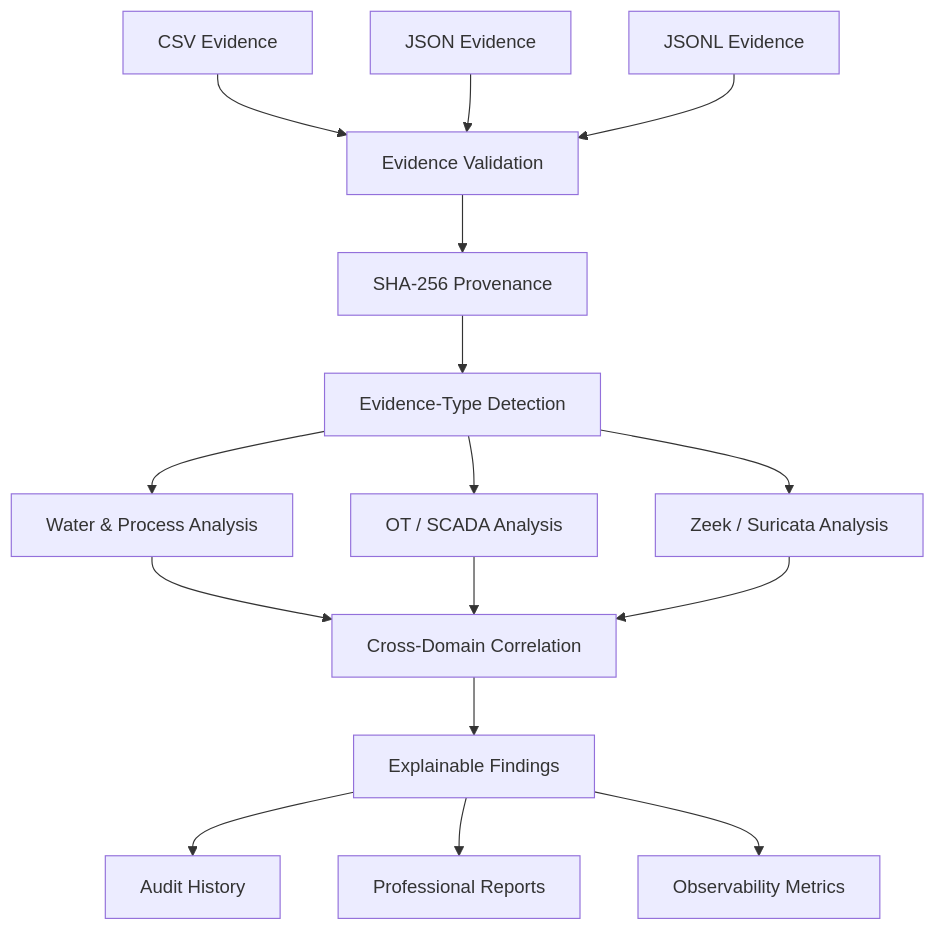
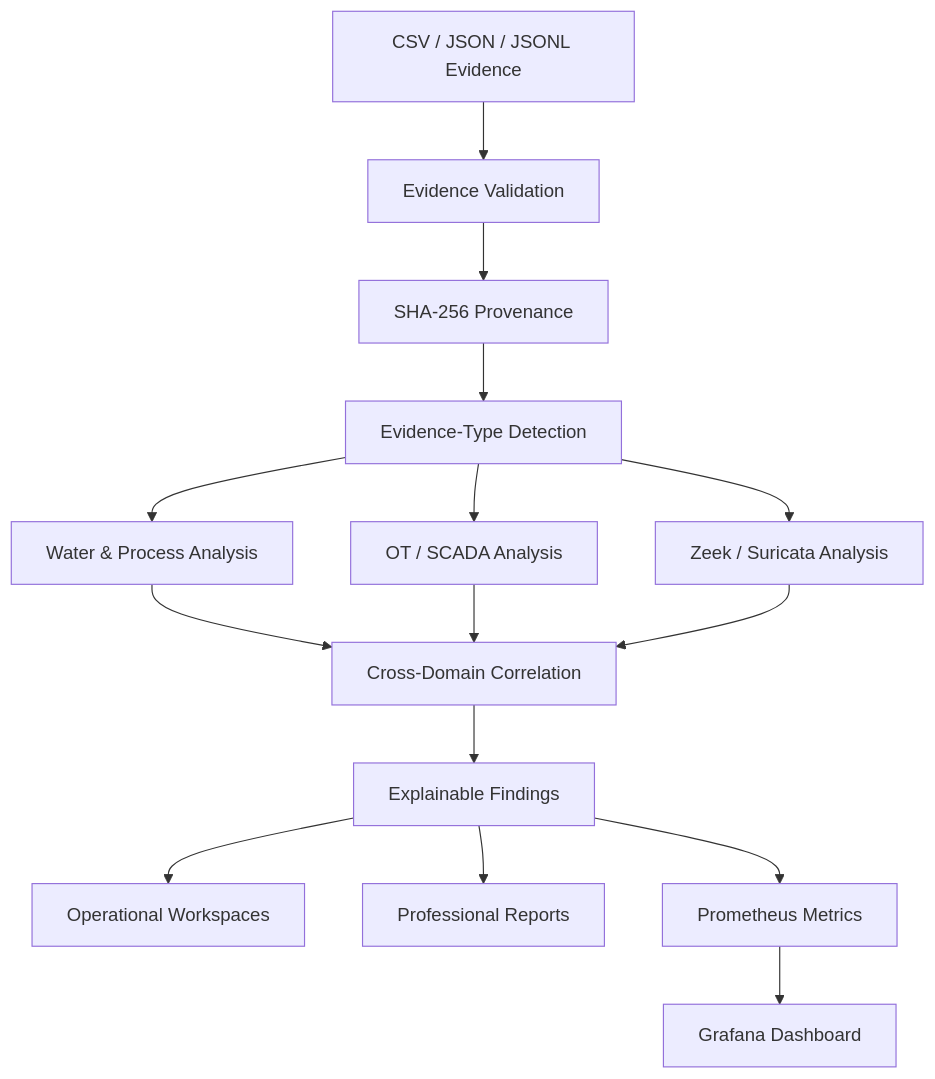
Before and after one commit to HaziqBinAfzal/AquaVigil: the second of 8 diagrams in README.md, drawn with Mermaid. The commit also changed other lines of this file, not shown here.

````diff
--- a/README.md
+++ b/README.md
@@ -281,42 +117,22 @@
 ```mermaid
 flowchart TB
-    CSV["CSV Evidence"]
-    JSON["JSON Evidence"]
-    JSONL["JSONL Evidence"]
+    A["CSV / JSON / JSONL Evidence"] --> B["Evidence Validation"]
+    B --> C["SHA-256 Provenance"]
+    C --> D["Evidence-Type Detection"]
 
-    VALIDATE["Evidence Validation"]
-    HASH["SHA-256 Provenance"]
-    DETECT["Evidence-Type Detection"]
+    D --> E["Water & Process Analysis"]
+    D --> F["OT / SCADA Analysis"]
+    D --> G["Zeek / Suricata Analysis"]
 
-    WATER["Water & Process Analysis"]
-    OT["OT / SCADA Analysis"]
-    NETWORK["Zeek / Suricata Analysis"]
+    E --> H["Cross-Domain Correlation"]
+    F --> H
+    G --> H
 
-    CORRELATE["Cross-Domain Correlation"]
-    FIND["Explainable Findings"]
+    H --> I["Explainable Findings"]
 
-    HISTORY["Audit History"]
-    REPORT["Professional Reports"]
-    OBS["Observability Metrics"]
+    I --> J["Operational Workspaces"]
+    I --> K["Professional Reports"]
+    I --> L["Prometheus Metrics"]
 
-    CSV --> VALIDATE
-    JSON --> VALIDATE
-    JSONL --> VALIDATE
-
-    VALIDATE --> HASH
-    HASH --> DETECT
-
-    DETECT --> WATER
-    DETECT --> OT
-    DETECT --> NETWORK
-
-    WATER --> CORRELATE
-    OT --> CORRELATE
-    NETWORK --> CORRELATE
-
-    CORRELATE --> FIND
-
-    FIND --> HISTORY
-    FIND --> REPORT
-    FIND --> OBS
+    L --> M["Grafana Dashboard"]
 ```
````
